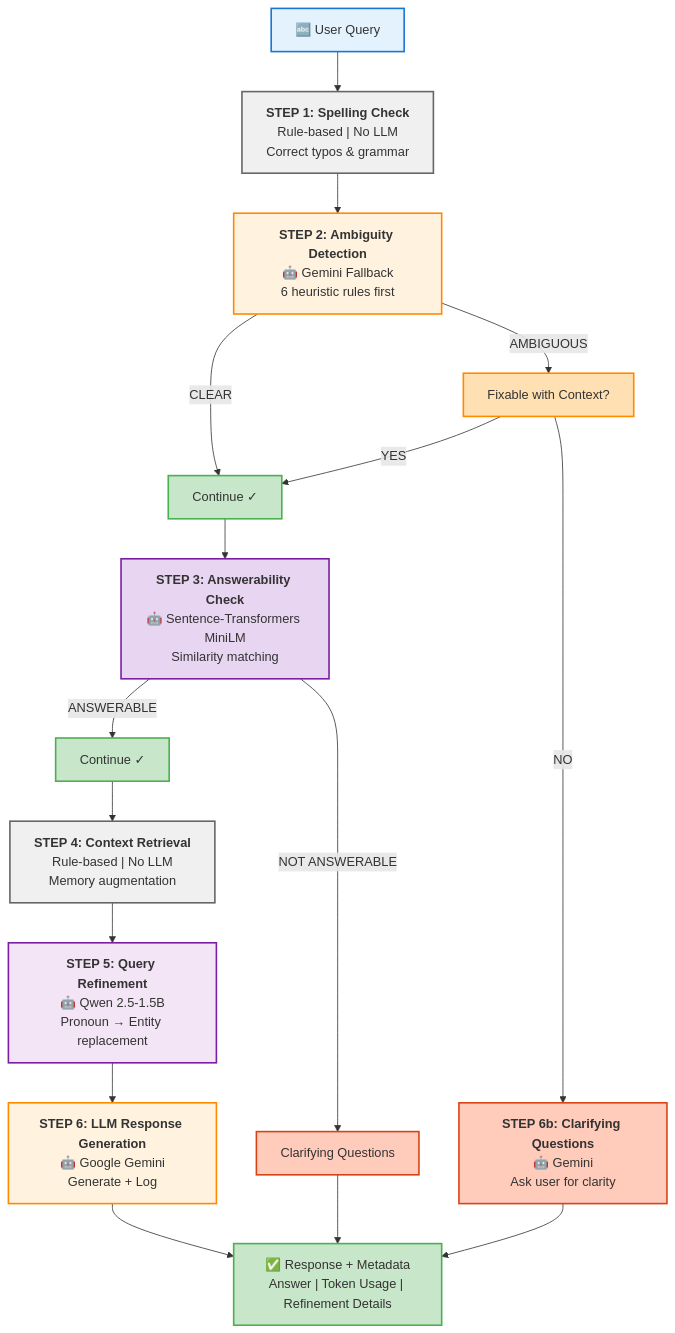
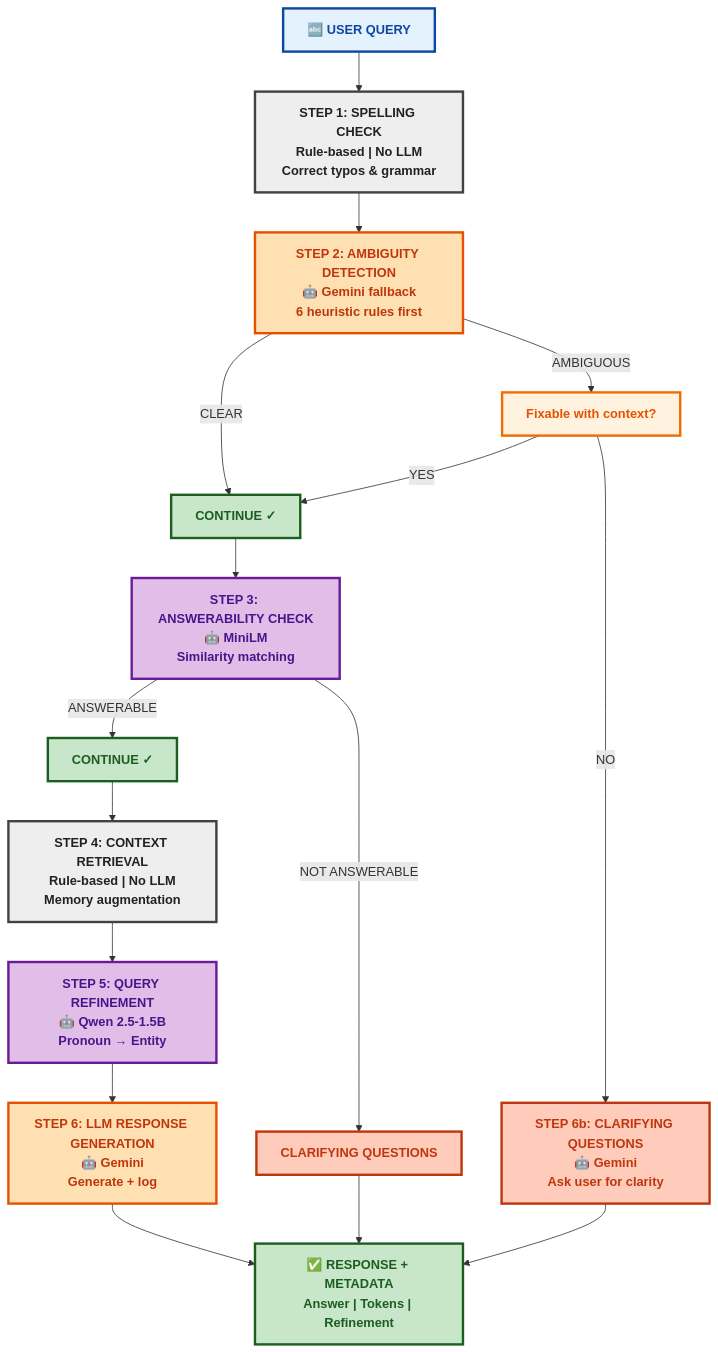
Before and after one commit to DanielK345/chatbot-with-memory-session: the diagram in README.md, drawn with Mermaid.

````diff
--- a/README.md
+++ b/README.md
@@ -35,51 +35,45 @@
 ```mermaid
 graph TD
-    A["🔤 User Query"] --> B["<b>STEP 1: Spelling Check</b><br/>Rule-based | No LLM<br/>Correct typos & grammar"]
-    
-    style B fill:#f0f0f0,stroke:#666,stroke-width:2px
-    
-    B --> C["<b>STEP 2: Ambiguity Detection</b><br/>🤖 Gemini Fallback<br/>6 heuristic rules first"]
-    
-    style C fill:#fff3e0,stroke:#ff8a00,stroke-width:2px
-    
-    C -->|CLEAR| D["Continue ✓"]
-    C -->|AMBIGUOUS| E["Fixable with Context?"]
-    
-    style D fill:#c8e6c9,stroke:#4caf50,stroke-width:2px
-    style E fill:#ffe0b2,stroke:#ff8a00,stroke-width:2px
-    
+    A["🔤 USER QUERY"]
+    B["STEP 1: SPELLING CHECK<br/>Rule-based | No LLM<br/>Correct typos & grammar"]
+    C["STEP 2: AMBIGUITY DETECTION<br/>🤖 Gemini fallback<br/>6 heuristic rules first"]
+    D["CONTINUE ✓"]
+    E["Fixable with context?"]
+    F["STEP 6b: CLARIFYING QUESTIONS<br/>🤖 Gemini<br/>Ask user for clarity"]
+    G["STEP 3: ANSWERABILITY CHECK<br/>🤖 MiniLM<br/>Similarity matching"]
+    H["CONTINUE ✓"]
+    I["CLARIFYING QUESTIONS"]
+    J["STEP 4: CONTEXT RETRIEVAL<br/>Rule-based | No LLM<br/>Memory augmentation"]
+    K["STEP 5: QUERY REFINEMENT<br/>🤖 Qwen 2.5-1.5B<br/>Pronoun → Entity"]
+    L["STEP 6: LLM RESPONSE GENERATION<br/>🤖 Gemini<br/>Generate + log"]
+    M["✅ RESPONSE + METADATA<br/>Answer | Tokens | Refinement"]
+
+    A --> B --> C
+    C -->|CLEAR| D
+    C -->|AMBIGUOUS| E
     E -->|YES| D
-    E -->|NO| F["<b>STEP 6b: Clarifying Questions</b><br/>🤖 Gemini<br/>Ask user for clarity"]
-    
-    style F fill:#ffccbc,stroke:#d84315,stroke-width:2px
-    
-    D --> G["<b>STEP 3: Answerability Check</b><br/>🤖 Sentence-Transformers MiniLM<br/>Similarity matching"]
-    
-    style G fill:#e8d5f2,stroke:#7b1fa2,stroke-width:2px
-    
-    G -->|ANSWERABLE| H["Continue ✓"]
-    G -->|NOT ANSWERABLE| I["Clarifying Questions"]
-    
-    style H fill:#c8e6c9,stroke:#4caf50,stroke-width:2px
-    style I fill:#ffccbc,stroke:#d84315,stroke-width:2px
-    
-    H --> J["<b>STEP 4: Context Retrieval</b><br/>Rule-based | No LLM<br/>Memory augmentation"]
-    
-    style J fill:#f0f0f0,stroke:#666,stroke-width:2px
-    
-    J --> K["<b>STEP 5: Query Refinement</b><br/>🤖 Qwen 2.5-1.5B<br/>Pronoun → Entity replacement"]
-    
-    style K fill:#f3e5f5,stroke:#7b1fa2,stroke-width:2px
-    
-    K --> L["<b>STEP 6: LLM Response Generation</b><br/>🤖 Google Gemini<br/>Generate + Log"]
-    
-    style L fill:#fff3e0,stroke:#ff8a00,stroke-width:2px
-    
-    L --> M["✅ Response + Metadata<br/>Answer | Token Usage | Refinement Details"]
-    
-    style M fill:#c8e6c9,stroke:#4caf50,stroke-width:2px
-    style A fill:#e3f2fd,stroke:#1976d2,stroke-width:2px
-    
+    E -->|NO| F
+    D --> G
+    G -->|ANSWERABLE| H
+    G -->|NOT ANSWERABLE| I
+    H --> J --> K --> L --> M
     F --> M
     I --> M
-```
+
+    class A input
+    class B,J stepNeutral
+    class C,L stepOrange
+    class D,H success
+    class E decision
+    class F,I danger
+    class G,K stepPurple
+    class M success
+
+    classDef input fill:#e3f2fd,stroke:#0d47a1,stroke-width:3px,color:#0d47a1,font-weight:bold
+    classDef stepNeutral fill:#eeeeee,stroke:#424242,stroke-width:3px,color:#212121,font-weight:bold
+    classDef stepOrange fill:#ffe0b2,stroke:#e65100,stroke-width:3px,color:#bf360c,font-weight:bold
+    classDef stepPurple fill:#e1bee7,stroke:#6a1b9a,stroke-width:3px,color:#4a148c,font-weight:bold
+    classDef success fill:#c8e6c9,stroke:#1b5e20,stroke-width:3px,color:#1b5e20,font-weight:bold
+    classDef danger fill:#ffccbc,stroke:#bf360c,stroke-width:3px,color:#bf360c,font-weight:bold
+    classDef decision fill:#fff3e0,stroke:#ef6c00,stroke-width:3px,color:#e65100,font-weight:bold
+  ```
````
